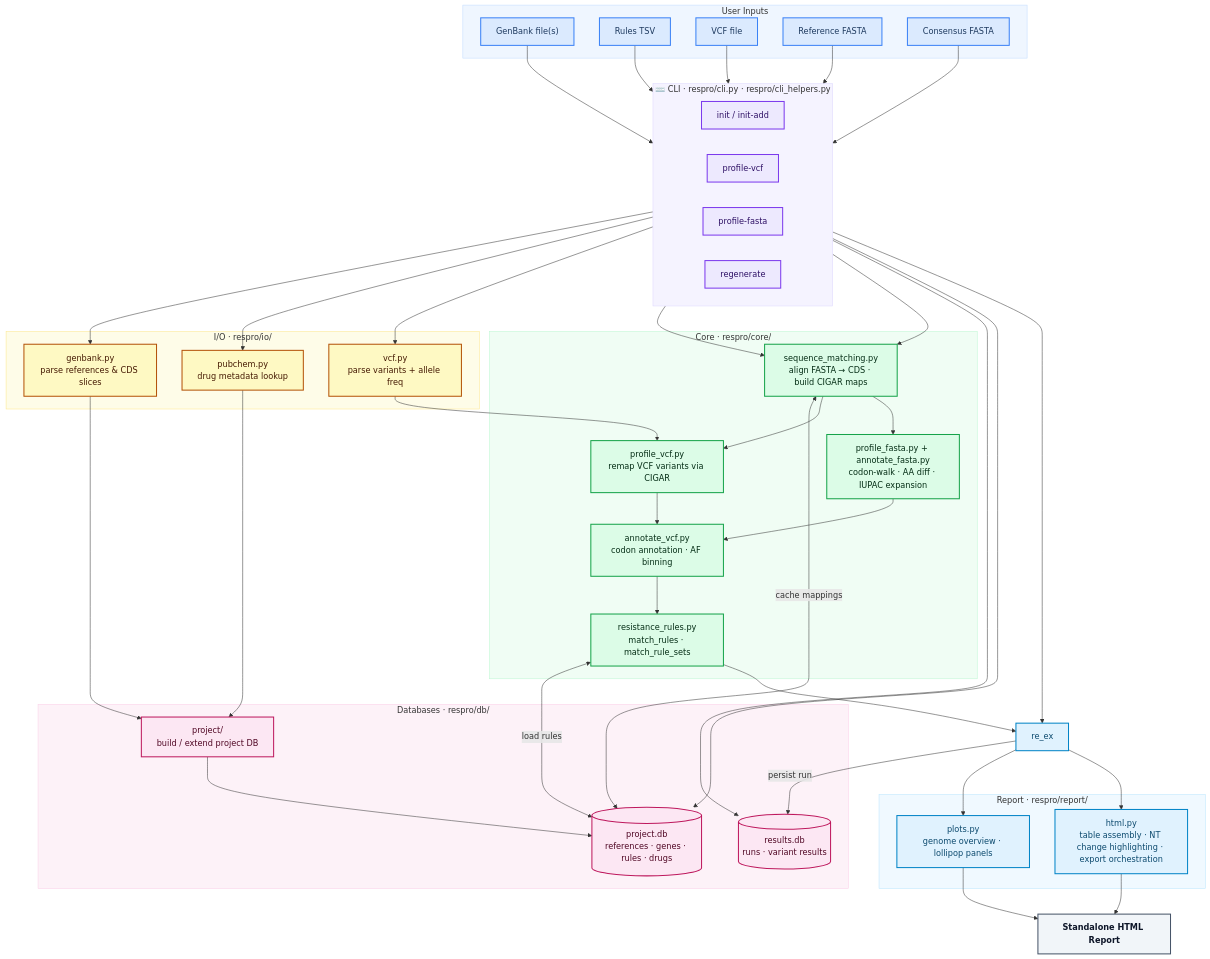
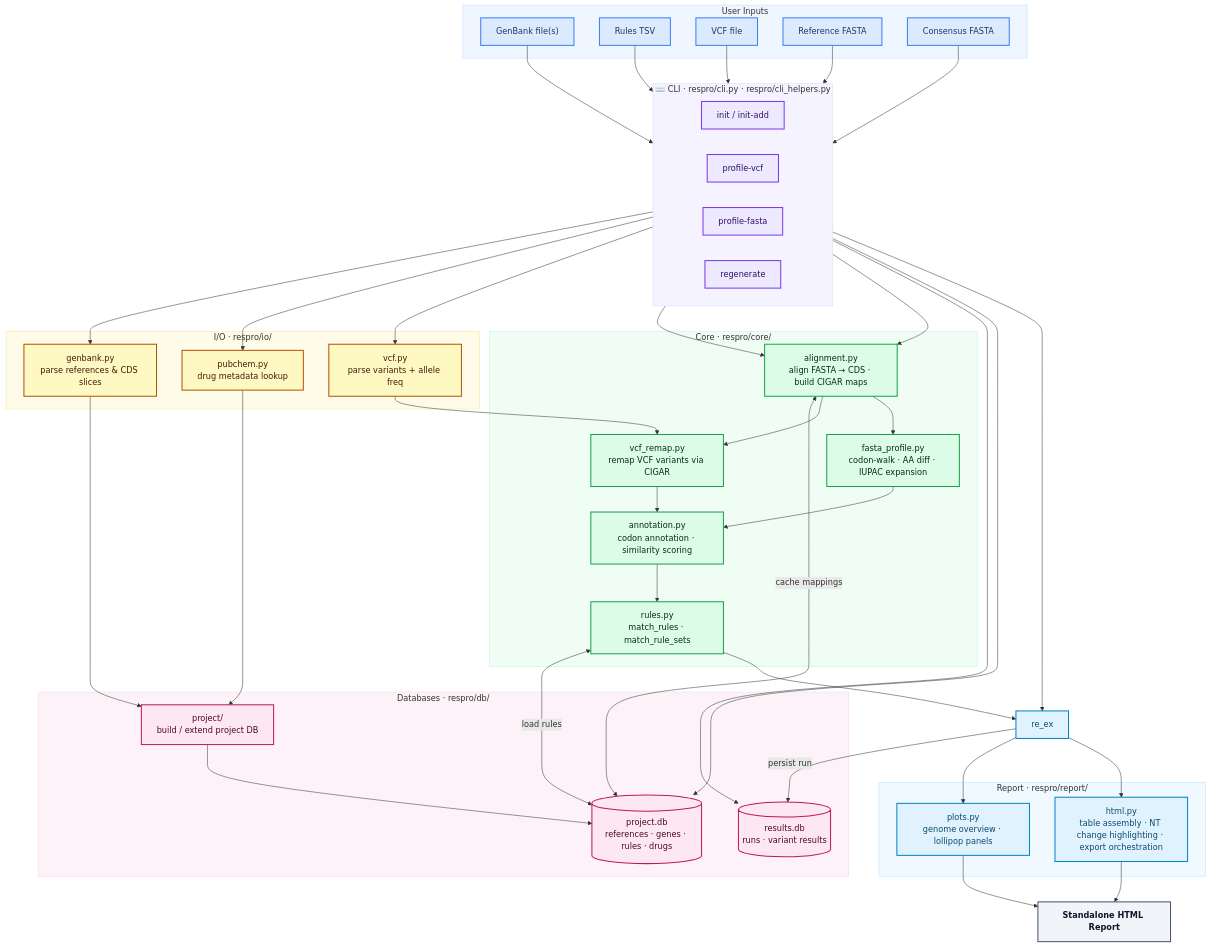
One commit to the-foxlab/ResistanceProfiler changed the diagram in docs/project-structure.md. Above: the diagram before and after it, drawn with Mermaid. The commit also changed other lines of this file and 25 other files, not shown here.

Commit message:
revisited plot and vcf annotation

```diff
--- a/docs/project-structure.md
+++ b/docs/project-structure.md
@@ -84,11 +84,11 @@
 
     %% ── Core logic ───────────────────────────────────────────────────
     subgraph CORE["Core  ·  respro/core/"]
-        co_sm["sequence_matching.py\nalign FASTA → CDS · build CIGAR maps"]
-        co_pr["profile_vcf.py\nremap VCF variants via CIGAR"]
-        co_fp["profile_fasta.py + annotate_fasta.py\ncodon-walk · AA diff · IUPAC expansion"]
-        co_an["annotate_vcf.py\ncodon annotation · AF binning"]
-        co_rr["resistance_rules.py\nmatch_rules · match_rule_sets"]
+        co_sm["alignment.py\nalign FASTA → CDS · build CIGAR maps"]
+        co_pr["vcf_remap.py\nremap VCF variants via CIGAR"]
+        co_fp["fasta_profile.py\ncodon-walk · AA diff · IUPAC expansion"]
+        co_an["annotation.py\ncodon annotation · similarity scoring"]
+        co_rr["rules.py\nmatch_rules · match_rule_sets"]
     end
 
     %% ── Databases ────────────────────────────────────────────────────
```
